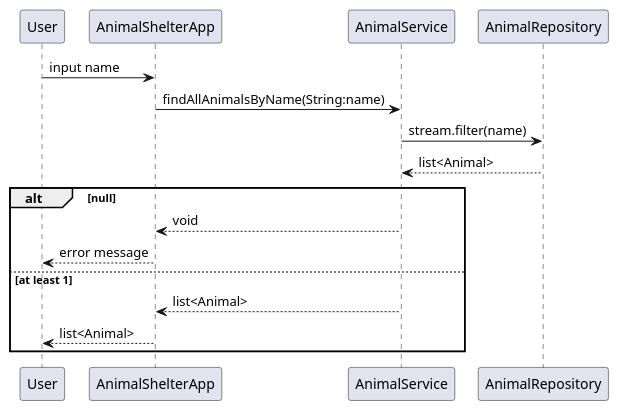
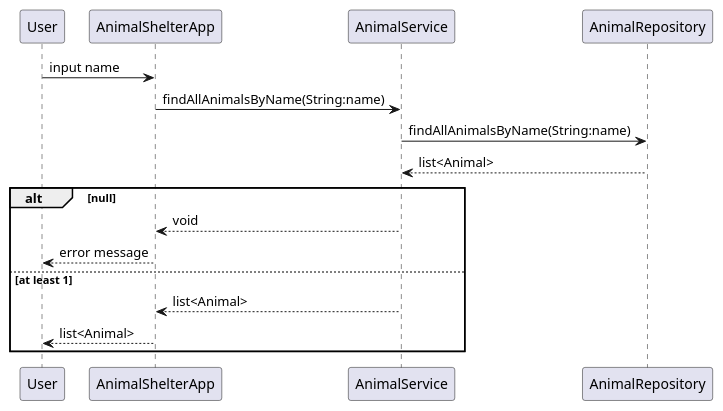
One commit to Hanagami3/Vaccination-Maxime changed the diagram in analysis/findAllAnimalsByName/sequence_findAllAnimalsByName.puml. Above: the diagram before and after it, drawn with PlantUML. The commit also changed 24 other files, not shown here.

```diff
--- a/analysis/findAllAnimalsByName/sequence_findAllAnimalsByName.puml
+++ b/analysis/findAllAnimalsByName/sequence_findAllAnimalsByName.puml
@@ -1,20 +1,20 @@
 @startuml
 
 User -> AnimalShelterApp : input name
 AnimalShelterApp -> AnimalService : findAllAnimalsByName(String:name)
-AnimalService -> AnimalRepository : stream.filter(name)
+AnimalService -> AnimalRepository : findAllAnimalsByName(String:name)
 
 AnimalService <-- AnimalRepository : list<Animal>
 
 alt null
 AnimalShelterApp <-- AnimalService : void
 User <-- AnimalShelterApp : error message
 
 else at least 1
 AnimalShelterApp <-- AnimalService : list<Animal>
 User <-- AnimalShelterApp : list<Animal>
 
 end
 
 
 @enduml
```
